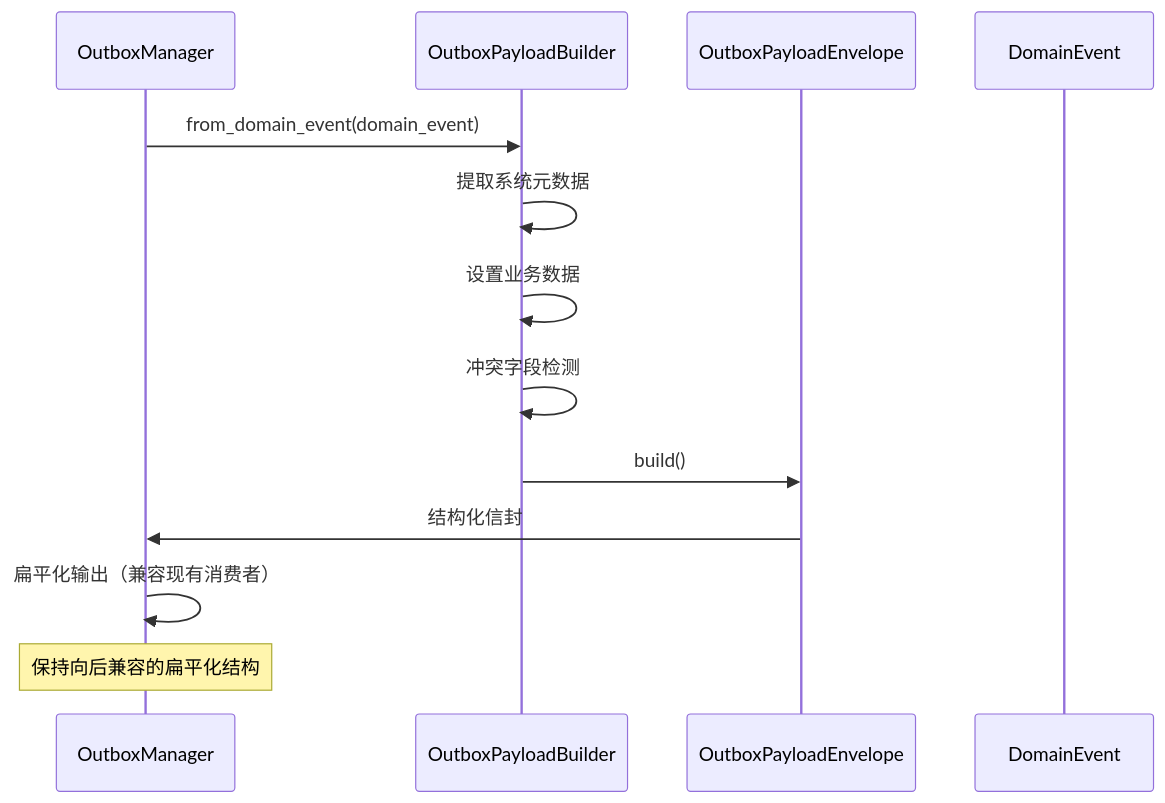
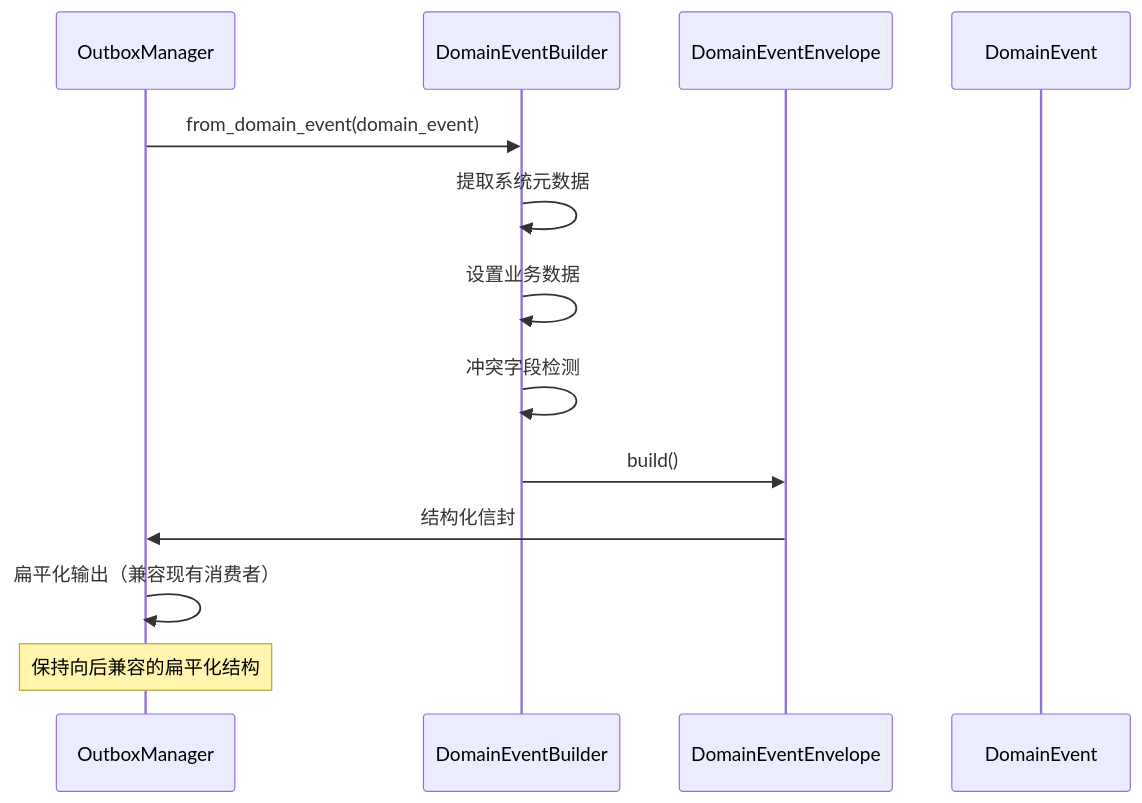
Before and after one commit to zhiyue/infinite-scribe: the fourth of 52 diagrams in apps/backend/src/agents/orchestrator/README.md, drawn with Mermaid. The commit also changed other lines of this file and 22 other files, not shown here.

````diff
--- a/apps/backend/src/agents/orchestrator/README.md
+++ b/apps/backend/src/agents/orchestrator/README.md
@@ -119,18 +119,18 @@
 ```mermaid
 sequenceDiagram
     participant O as OutboxManager
-    participant B as OutboxPayloadBuilder
-    participant E as OutboxPayloadEnvelope
+    participant B as DomainEventBuilder
+    participant E as DomainEventEnvelope
     participant D as DomainEvent
-    
+
     O->>B: from_domain_event(domain_event)
     B->>B: 提取系统元数据
     B->>B: 设置业务数据
     B->>B: 冲突字段检测
     B->>E: build()
-    
+
     E->>O: 结构化信封
     O->>O: 扁平化输出（兼容现有消费者）
     
     Note over O: 保持向后兼容的扁平化结构
 ```
````
